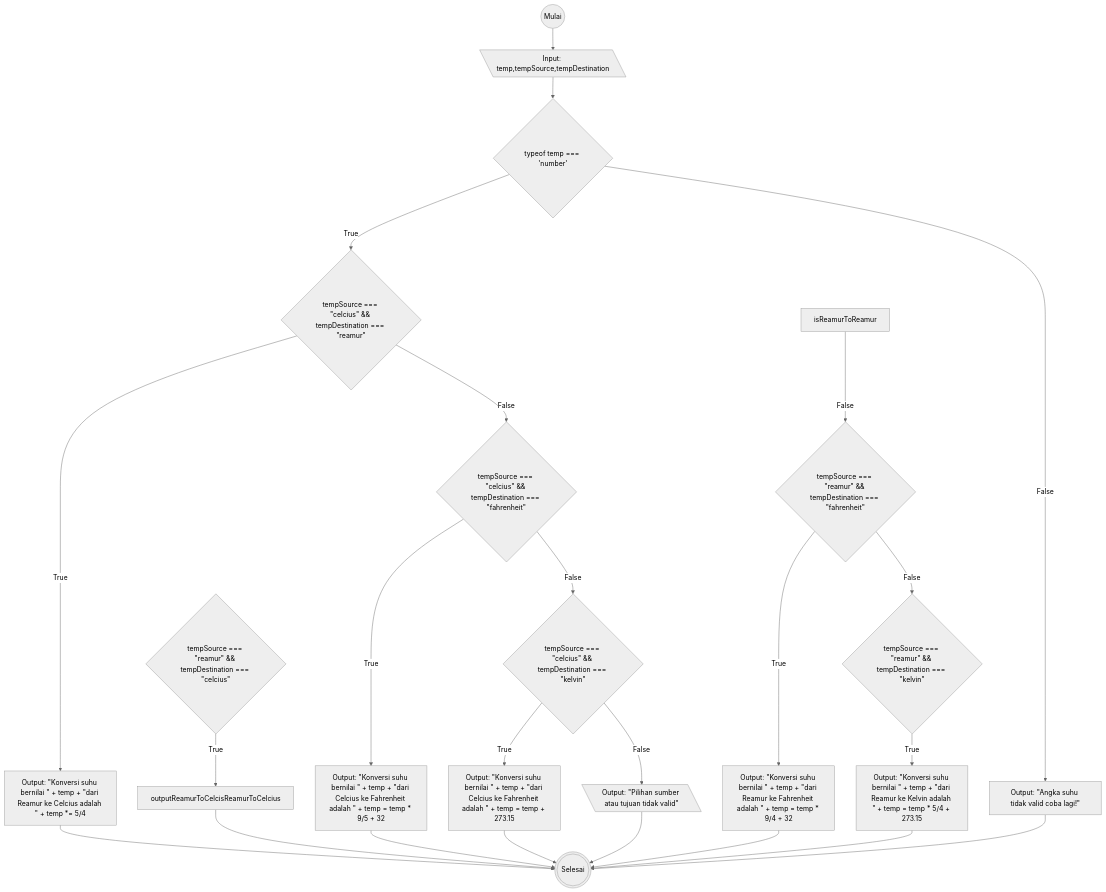
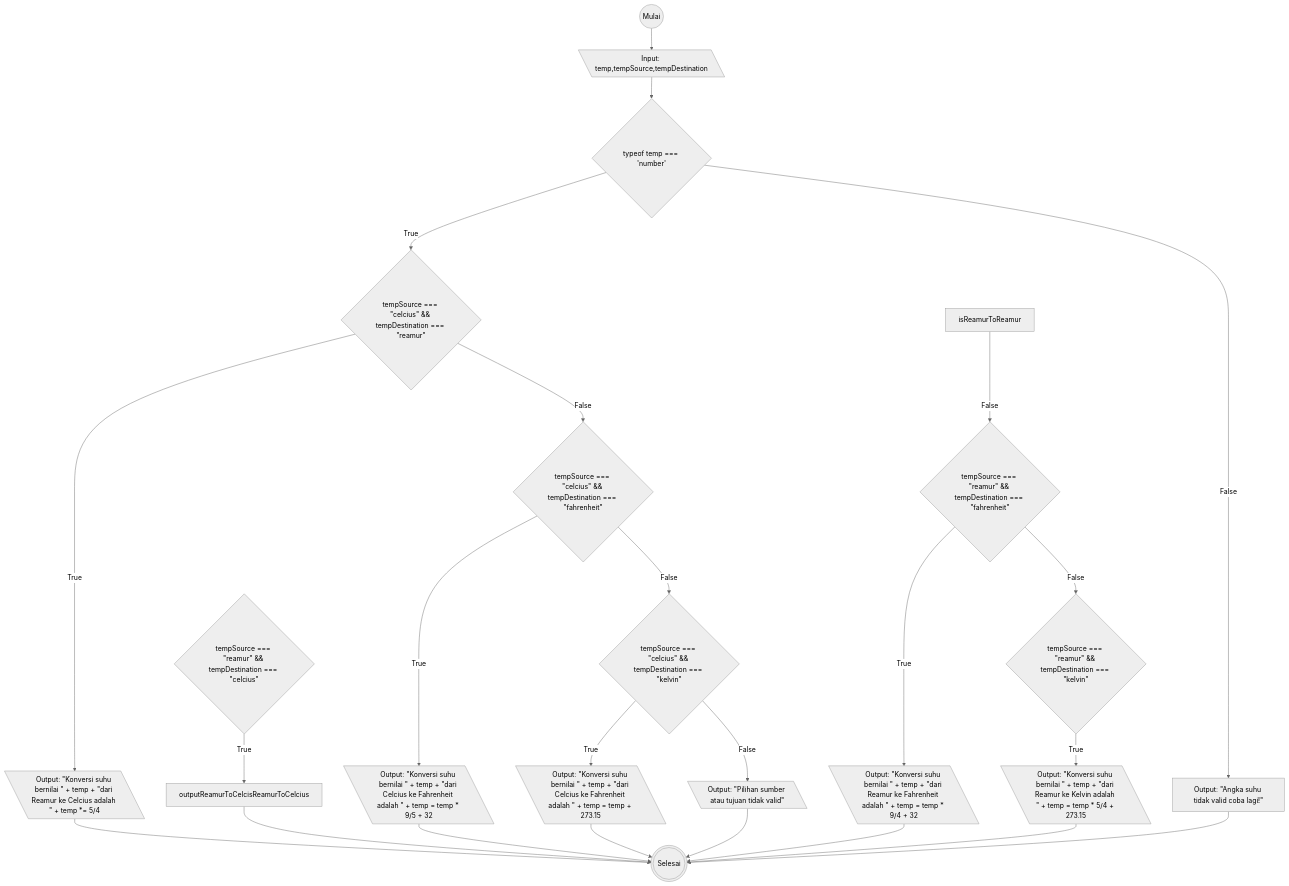
One commit to rezafauzan/koda-b6-javascript1 changed the diagram in task4.md. Above: the diagram before and after it, drawn with Mermaid (neutral theme).

Commit message:
Patch: Fix output flowchart shape on Celcius to Other and Reamur to Other

````diff
--- a/task4.md
+++ b/task4.md
@@ -3,71 +3,71 @@
 ```mermaid
 flowchart TD
 
 start@{"shape": circle, "label": "Mulai"}
 iTemp@{"shape": lean-l, "label": "Input: temp,tempSource,tempDestination"}
 stop@{"shape": dbl-circ, "label": "Selesai"}
 isNumberTemp@{"shape": diamond, "label": typeof temp === 'number'}
 isNumberTempFalse@{"shape": rectangle, "label": "Output: #quot;Angka suhu tidak valid coba lagi!#quot;"}
 isCelciusToReamur@{"shape": diamond, "label": "tempSource === #quot;celcius#quot; && tempDestination === #quot;reamur#quot;"}
 outputCelciusToReamur@{"shape": rectangle, "label":"Output: #quot;Konversi suhu bernilai #quot; + temp + #quot;dari Celcius ke Reamur adalah #quot; + temp *= 4/5"}
 
 isCelciusToFahrenheit@{"shape": diamond, "label": "tempSource === #quot;celcius#quot; && tempDestination === #quot;fahrenheit#quot;"}
 outputCelciusToFahrenheit@{"shape": rectangle, "label":"Output: #quot;Konversi suhu bernilai #quot; + temp + #quot;dari Celcius ke Fahrenheit adalah #quot; + temp = temp * 9/5 + 32"}
 
 isCelciusToKelvin@{"shape": diamond, "label": "tempSource === #quot;celcius#quot; && tempDestination === #quot;kelvin#quot;"}
 outputCelciusToKelvin@{"shape": rectangle, "label":"Output: #quot;Konversi suhu bernilai #quot; + temp + #quot;dari Celcius ke Fahrenheit adalah #quot; + temp = temp + 273.15"}
 
 %% from celcius to other
 
 isCelciusToReamur@{"shape": diamond, "label": "tempSource === #quot;celcius#quot; && tempDestination === #quot;reamur#quot;"}
-outputCelciusToReamur@{"shape": rectangle, "label":"Output: #quot;Konversi suhu bernilai #quot; + temp + #quot;dari Celcius ke Reamur adalah #quot; + temp *= 4/5"}
+outputCelciusToReamur@{"shape": lean-l, "label":"Output: #quot;Konversi suhu bernilai #quot; + temp + #quot;dari Celcius ke Reamur adalah #quot; + temp *= 4/5"}
 
 isCelciusToFahrenheit@{"shape": diamond, "label": "tempSource === #quot;celcius#quot; && tempDestination === #quot;fahrenheit#quot;"}
-outputCelciusToFahrenheit@{"shape": rectangle, "label":"Output: #quot;Konversi suhu bernilai #quot; + temp + #quot;dari Celcius ke Fahrenheit adalah #quot; + temp = temp * 9/5 + 32"}
+outputCelciusToFahrenheit@{"shape": lean-l, "label":"Output: #quot;Konversi suhu bernilai #quot; + temp + #quot;dari Celcius ke Fahrenheit adalah #quot; + temp = temp * 9/5 + 32"}
 
 isCelciusToKelvin@{"shape": diamond, "label": "tempSource === #quot;celcius#quot; && tempDestination === #quot;kelvin#quot;"}
-outputCelciusToKelvin@{"shape": rectangle, "label":"Output: #quot;Konversi suhu bernilai #quot; + temp + #quot;dari Celcius ke Fahrenheit adalah #quot; + temp = temp + 273.15"}
+outputCelciusToKelvin@{"shape": lean-l, "label":"Output: #quot;Konversi suhu bernilai #quot; + temp + #quot;dari Celcius ke Fahrenheit adalah #quot; + temp = temp + 273.15"}
 
 %% from Reamur to other
 
 isReamurToCelcius@{"shape": diamond, "label": "tempSource === #quot;reamur#quot; && tempDestination === #quot;celcius#quot;"}
-outputCelciusToReamur@{"shape": rectangle, "label":"Output: #quot;Konversi suhu bernilai #quot; + temp + #quot;dari Reamur ke Celcius adalah #quot; + temp *= 5/4"}
+outputCelciusToReamur@{"shape": lean-l, "label":"Output: #quot;Konversi suhu bernilai #quot; + temp + #quot;dari Reamur ke Celcius adalah #quot; + temp *= 5/4"}
 
 isReamurToFahrenheit@{"shape": diamond, "label": "tempSource === #quot;reamur#quot; && tempDestination === #quot;fahrenheit#quot;"}
-outputReamurToFahrenheit@{"shape": rectangle, "label":"Output: #quot;Konversi suhu bernilai #quot; + temp + #quot;dari Reamur ke Fahrenheit adalah #quot; + temp = temp * 9/4 + 32"}
+outputReamurToFahrenheit@{"shape": lean-l, "label":"Output: #quot;Konversi suhu bernilai #quot; + temp + #quot;dari Reamur ke Fahrenheit adalah #quot; + temp = temp * 9/4 + 32"}
 
 isReamurToKelvin@{"shape": diamond, "label": "tempSource === #quot;reamur#quot; && tempDestination === #quot;kelvin#quot;"}
-outputReamurToKelvin@{"shape": rectangle, "label":"Output: #quot;Konversi suhu bernilai #quot; + temp + #quot;dari Reamur ke Kelvin adalah #quot; + temp = temp * 5/4 + 273.15"}
+outputReamurToKelvin@{"shape": lean-l, "label":"Output: #quot;Konversi suhu bernilai #quot; + temp + #quot;dari Reamur ke Kelvin adalah #quot; + temp = temp * 5/4 + 273.15"}
 
 outputOtherToOther@{"shape": lean-l, "label": "Output: #quot;Pilihan sumber atau tujuan tidak valid#quot;"}
 
 
 %% ===================================================
 start-->iTemp-->isNumberTemp--True-->isCelciusToReamur
 
 %%Celcius
 %% Celcius To Reamur
 isCelciusToReamur--True-->outputCelciusToReamur-->stop
 
 %% Celcius to Fahrenheit
 isCelciusToReamur--False-->isCelciusToFahrenheit--True-->outputCelciusToFahrenheit-->stop
 
 %% Celcius to Kelvin
 isCelciusToFahrenheit--False-->isCelciusToKelvin--True-->outputCelciusToKelvin-->stop
 
 %% Reamur
 
 %% Reamur To Celcius
 isReamurToCelcius--True-->outputReamurToCelcisReamurToCelcius-->stop
 
 %% Reamur to Fahrenheit
 isReamurToReamur--False-->isReamurToFahrenheit--True-->outputReamurToFahrenheit-->stop
 
 %% Reamur to Kelvin
 isReamurToFahrenheit--False-->isReamurToKelvin--True-->outputReamurToKelvin-->stop
 
 %% Not a choice nice try
 isCelciusToKelvin--False-->outputOtherToOther-->stop
 
 isNumberTemp--False-->isNumberTempFalse-->stop
 ```
````
